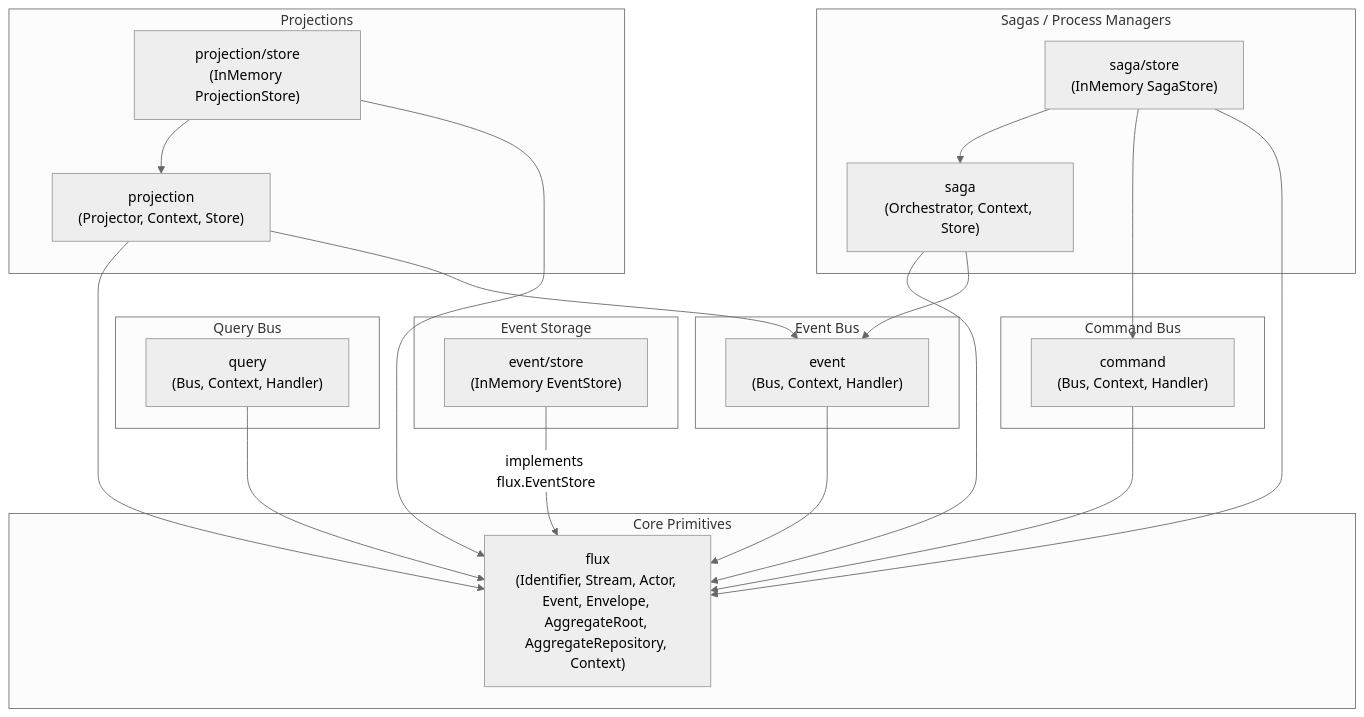
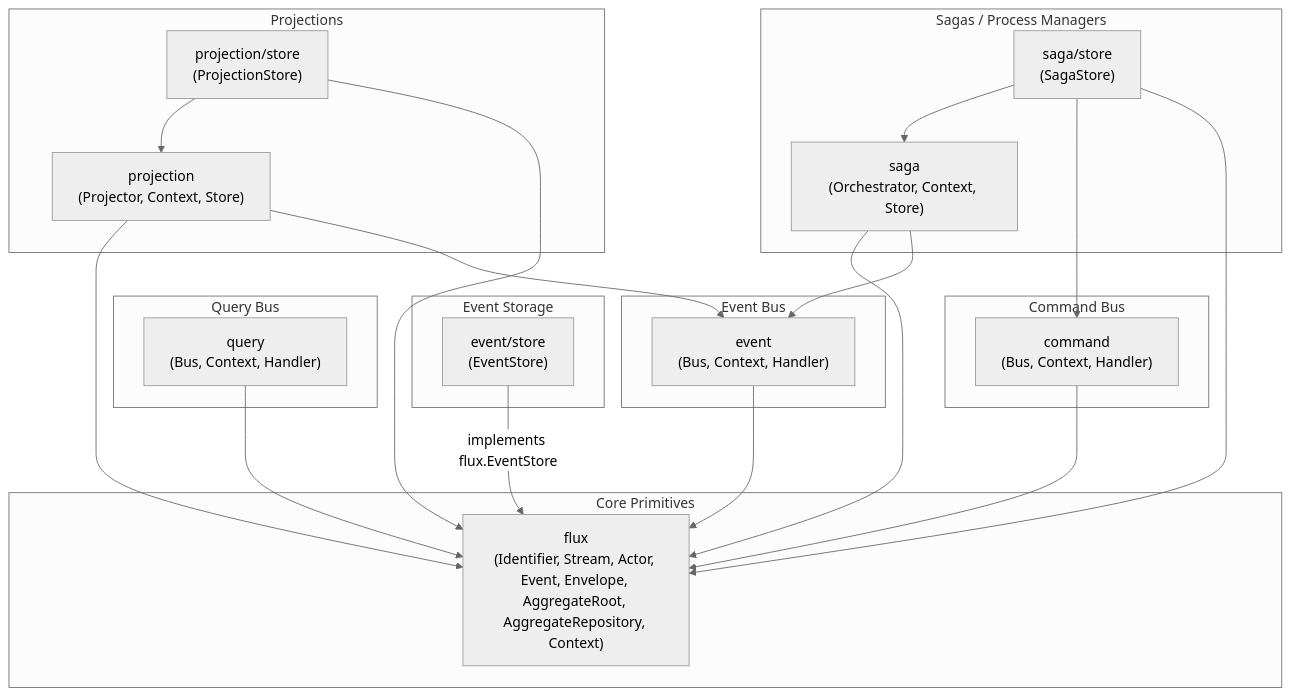
Before and after one commit to wotek/flux: the diagram in docs/ARCHITECTURE.md, drawn with Mermaid (neutral theme). The commit also changed other lines of this file, not shown here.

Commit message:
docs: generalize store descriptions from in-memory to general store implementations

````diff
--- a/docs/ARCHITECTURE.md
+++ b/docs/ARCHITECTURE.md
@@ -57,49 +57,49 @@
 ```mermaid
 flowchart TD
     subgraph Core ["Core Primitives"]
         Flux["flux<br/>(Identifier, Stream, Actor, Event, Envelope, AggregateRoot, AggregateRepository, Context)"]
     end
 
     subgraph EventStoreDomain ["Event Storage"]
-        EventStore["event/store<br/>(InMemory EventStore)"]
+        EventStore["event/store<br/>(EventStore)"]
     end
 
     subgraph CommandDomain ["Command Bus"]
         Command["command<br/>(Bus, Context, Handler)"]
     end
 
     subgraph QueryDomain ["Query Bus"]
         Query["query<br/>(Bus, Context, Handler)"]
     end
 
     subgraph EventDomain ["Event Bus"]
         Event["event<br/>(Bus, Context, Handler)"]
     end
 
     subgraph ProjectionDomain ["Projections"]
         Projection["projection<br/>(Projector, Context, Store)"]
-        ProjStore["projection/store<br/>(InMemory ProjectionStore)"]
+        ProjStore["projection/store<br/>(ProjectionStore)"]
     end
 
     subgraph SagaDomain ["Sagas / Process Managers"]
         Saga["saga<br/>(Orchestrator, Context, Store)"]
-        SagaStore["saga/store<br/>(InMemory SagaStore)"]
+        SagaStore["saga/store<br/>(SagaStore)"]
     end
 
     %% Dependencies
     EventStore -->|implements flux.EventStore| Flux
     Command --> Flux
     Query --> Flux
     Event --> Flux
 
     Projection --> Flux
     Projection --> Event
     ProjStore --> Projection
     ProjStore --> Flux
 
     Saga --> Flux
     Saga --> Event
     SagaStore --> Saga
     SagaStore --> Command
     SagaStore --> Flux
 ```
````
